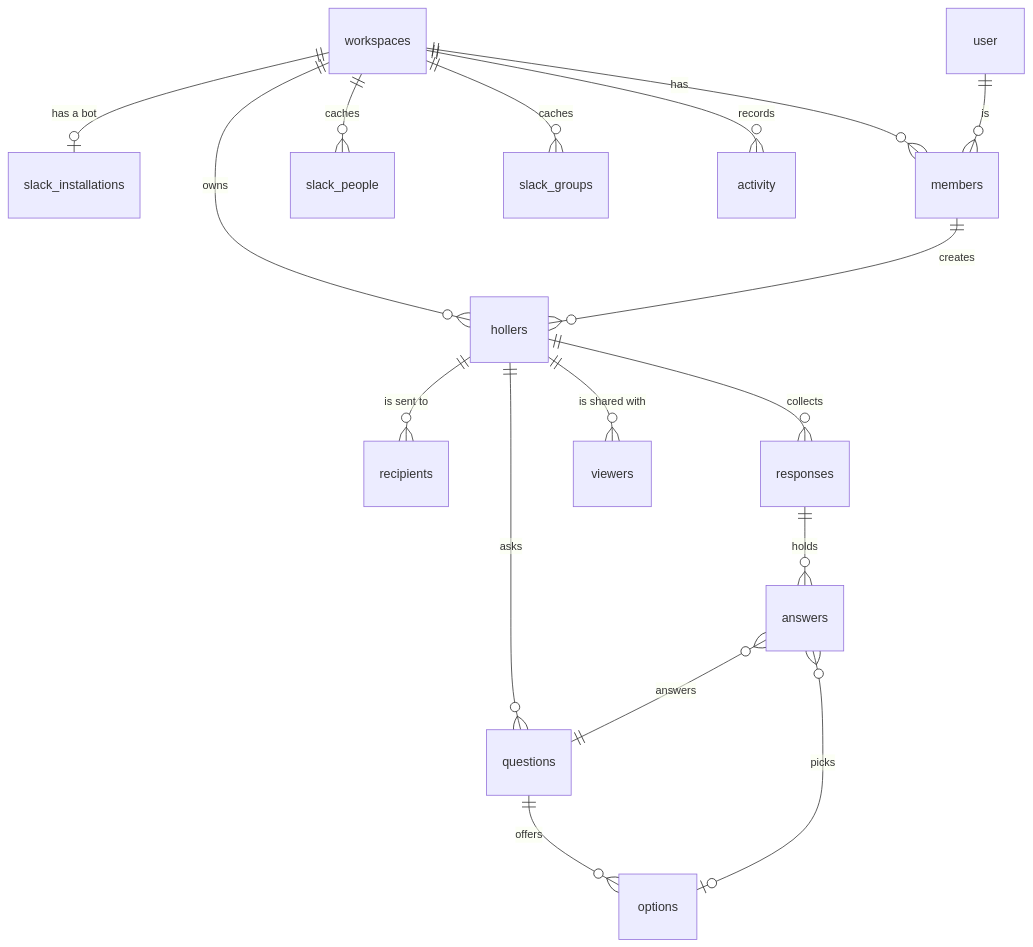
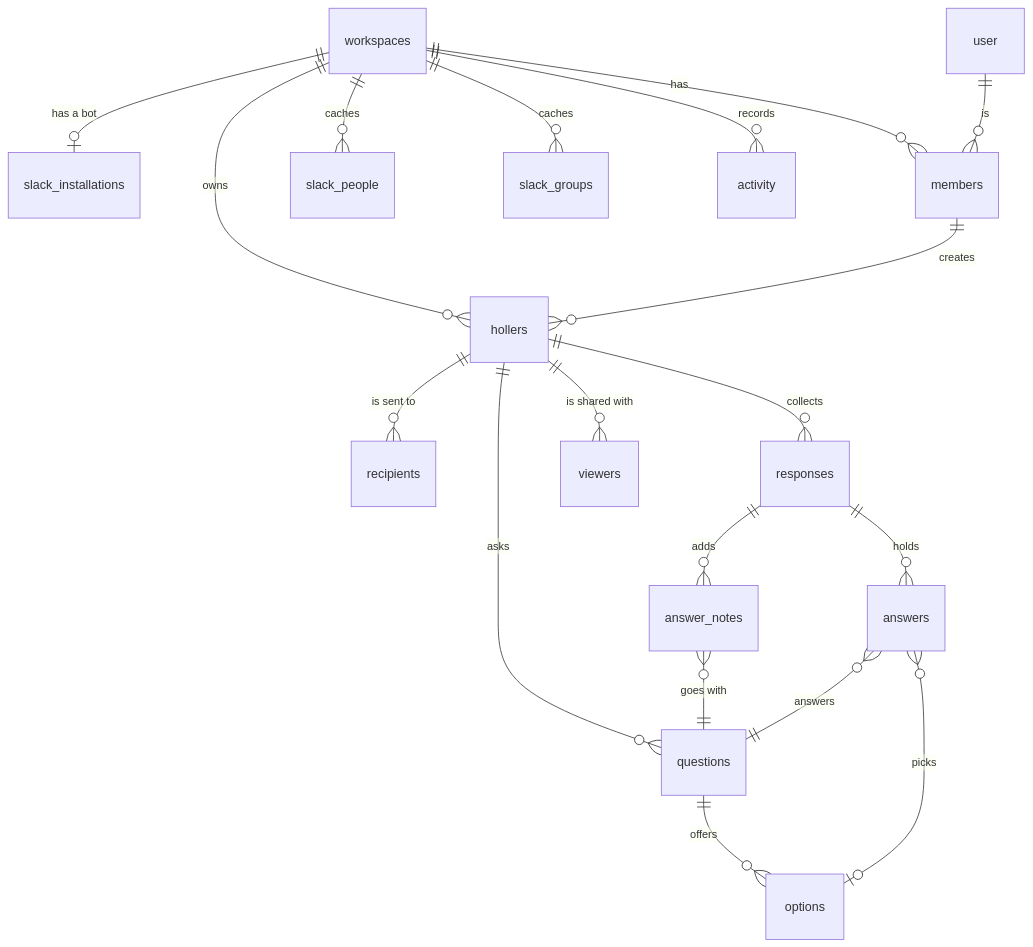
The first of 2 diagrams in docs/data-model.md (krambertech/holler), drawn with Mermaid before and after one commit. The commit also changed other lines of this file and 16 other files, not shown here.

````diff
--- a/docs/data-model.md
+++ b/docs/data-model.md
@@ -5,19 +5,21 @@
 ```mermaid
 erDiagram
   workspaces ||--o| slack_installations : "has a bot"
   workspaces ||--o{ members : "has"
   workspaces ||--o{ slack_people : "caches"
   workspaces ||--o{ slack_groups : "caches"
   workspaces ||--o{ hollers : "owns"
   workspaces ||--o{ activity : "records"
   user ||--o{ members : "is"
   members ||--o{ hollers : "creates"
   hollers ||--o{ questions : "asks"
   questions ||--o{ options : "offers"
   hollers ||--o{ recipients : "is sent to"
   hollers ||--o{ responses : "collects"
   hollers ||--o{ viewers : "is shared with"
   responses ||--o{ answers : "holds"
+  responses ||--o{ answer_notes : "adds"
+  answer_notes }o--|| questions : "goes with"
   answers }o--|| questions : "answers"
   answers }o--o| options : "picks"
 ```
````
